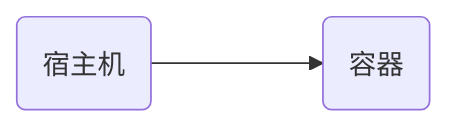
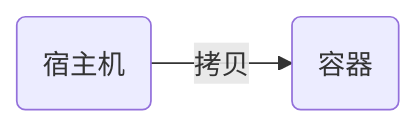
The second of 3 diagrams in _posts/Software/Docker/2024-09-04-Docker指令.md (dmjcb/dmjcb.github.io), drawn with Mermaid before and after one commit. The commit also changed other lines of this file and 7 other files, not shown here.

````diff
--- a/_posts/Software/Docker/2024-09-04-Docker指令.md
+++ b/_posts/Software/Docker/2024-09-04-Docker指令.md
@@ -216,4 +207,4 @@
 ```mermaid
 graph LR;
-    S(宿主机)--->R(容器)
+    S(宿主机)--拷贝-->R(容器)
 ```
````
